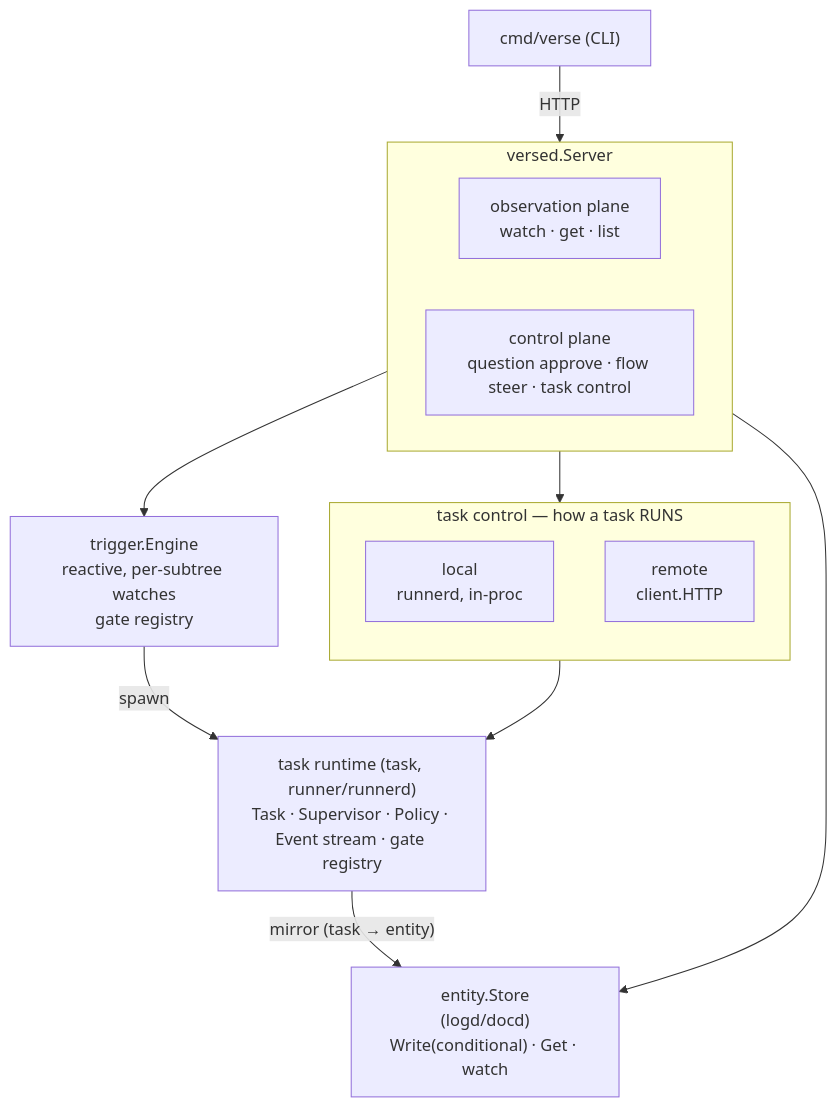
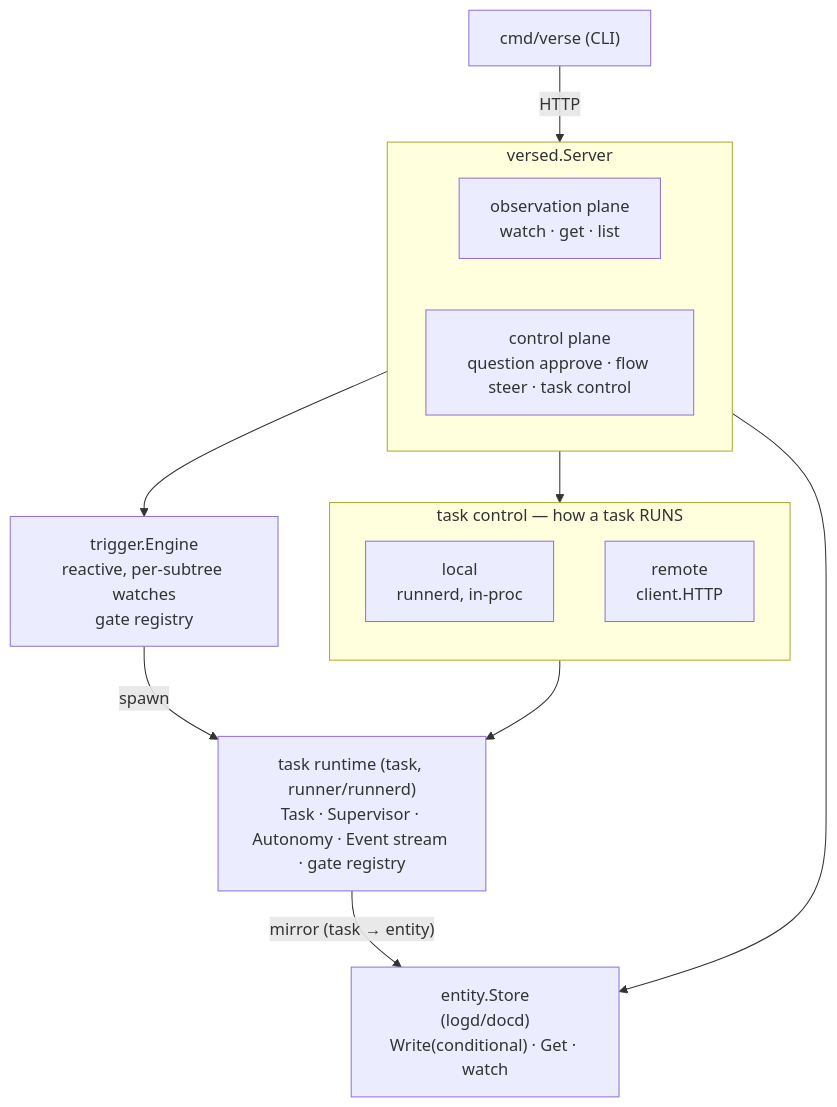
The diagram in docs/platform/architecture.md (signadot/viff), drawn with Mermaid before and after one commit. The commit also changed other lines of this file and 311 other files, not shown here.

````diff
--- a/docs/platform/architecture.md
+++ b/docs/platform/architecture.md
@@ -10,29 +10,29 @@
 ```mermaid
 flowchart TB
   cli["cmd/verse (CLI)"]
 
   subgraph versed["versed.Server"]
     direction LR
     obs["observation plane<br/>watch · get · list"]
     ctl["control plane<br/>question approve · flow steer · task control"]
   end
 
   store["entity.Store<br/>(logd/docd)<br/>Write(conditional) · Get · watch"]
   trig["trigger.Engine<br/>reactive, per-subtree watches<br/>gate registry"]
 
   subgraph run["task control — how a task RUNS"]
     direction TB
     local["local<br/>runnerd, in-proc"]
     remote["remote<br/>client.HTTP"]
   end
 
-  rt["task runtime (task, runner/runnerd)<br/>Task · Supervisor · Policy · Event stream · gate registry"]
+  rt["task runtime (task, runner/runnerd)<br/>Task · Supervisor · Autonomy · Event stream · gate registry"]
 
   cli -->|"HTTP"| versed
   obs --> store
   ctl --> trig
   ctl --> run
   trig -->|"spawn"| rt
   run --> rt
   rt -->|"mirror (task → entity)"| store
 ```
````
